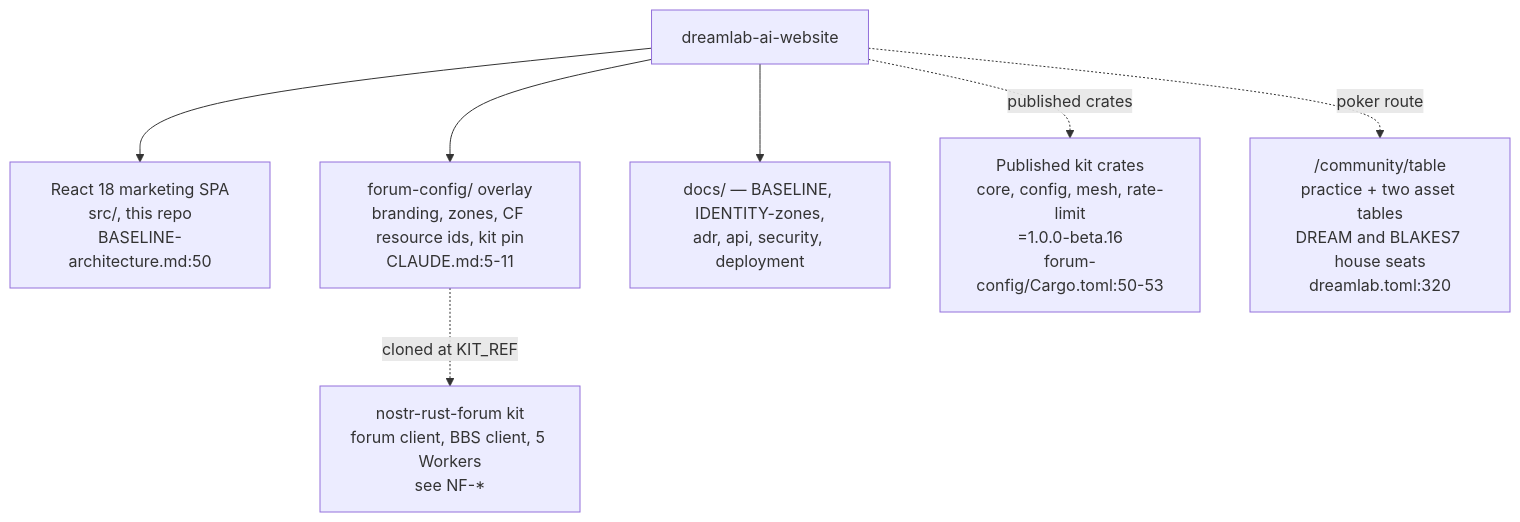
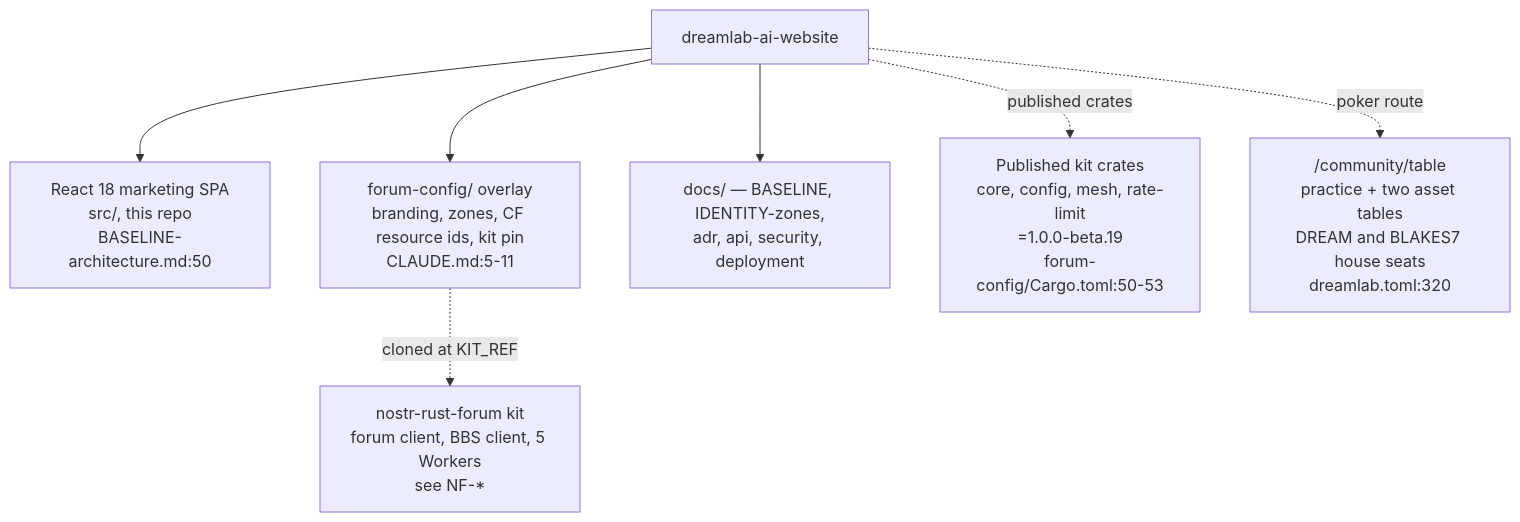
Before and after one commit to DreamLab-AI/VisionFlow: the first of 7 diagrams in docs/diagrams/dreamlab-ai-website/01-repo-composition-and-deploy-topology.md, drawn with Mermaid. The commit also changed other lines of this file and 59 other files, not shown here.

First line of the commit message:
docs(diagrams): re-derive and re-stamp forum, website, pod, ontomark and sealmap topics

````diff
--- a/docs/diagrams/dreamlab-ai-website/01-repo-composition-and-deploy-topology.md
+++ b/docs/diagrams/dreamlab-ai-website/01-repo-composition-and-deploy-topology.md
@@ -25,9 +25,9 @@
 ```mermaid
 flowchart TB
     REPO["dreamlab-ai-website"] --> REACT["React 18 marketing SPA<br/>src/, this repo<br/>BASELINE-architecture.md:50"]
     REPO --> FCFG["forum-config/ overlay<br/>branding, zones, CF resource ids, kit pin<br/>CLAUDE.md:5-11"]
     REPO --> DOCS["docs/ — BASELINE, IDENTITY-zones,<br/>adr, api, security, deployment"]
     FCFG -. "cloned at KIT_REF" .-> KIT["nostr-rust-forum kit<br/>forum client, BBS client, 5 Workers<br/>see NF-*"]
-    REPO -. "published crates" .-> CRATES["Published kit crates<br/>core, config, mesh, rate-limit<br/>=1.0.0-beta.16<br/>forum-config/Cargo.toml:50-53"]
+    REPO -. "published crates" .-> CRATES["Published kit crates<br/>core, config, mesh, rate-limit<br/>=1.0.0-beta.19<br/>forum-config/Cargo.toml:50-53"]
     REPO -. "poker route" .-> POKER["/community/table<br/>practice + two asset tables<br/>DREAM and BLAKES7 house seats<br/>dreamlab.toml:320"]
 ```
````
